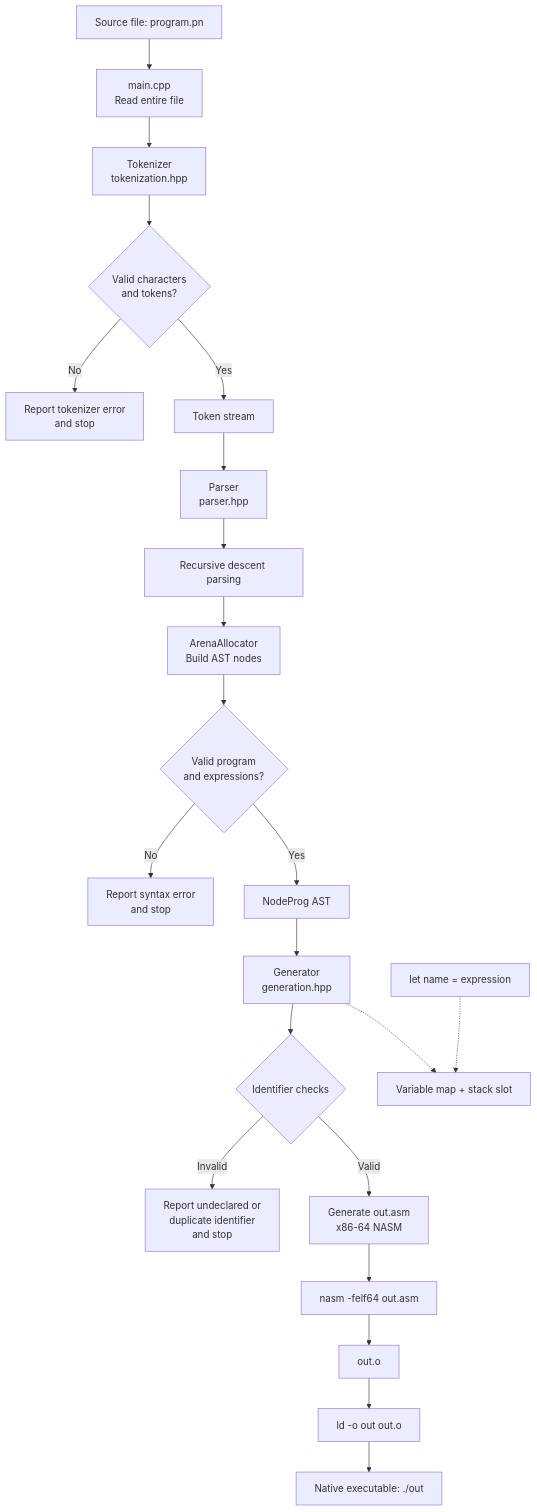
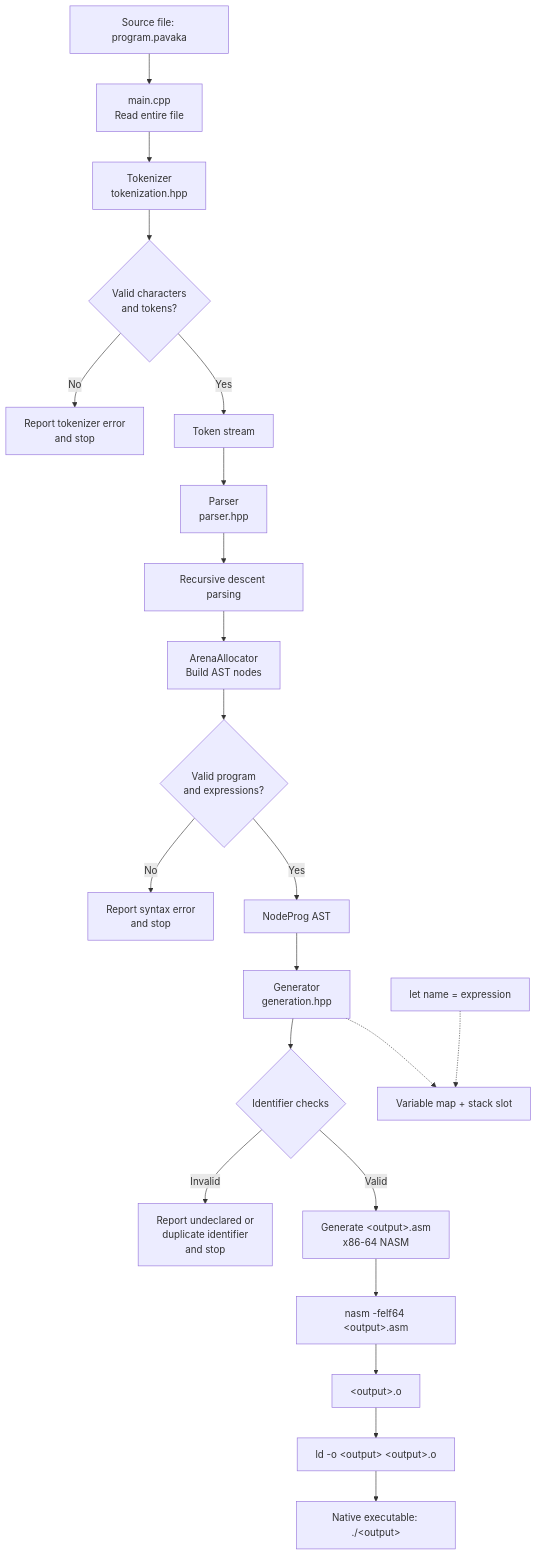
The diagram in docs/compiler-flow.md (ArpNova/pavaka), drawn with Mermaid before and after one commit. The commit also changed other lines of this file and 20 other files, not shown here.

Commit message:
refactor: rename project from void to pavaka, update file extensions, and add output flag support

````diff
--- a/docs/compiler-flow.md
+++ b/docs/compiler-flow.md
@@ -6,25 +6,25 @@
 ```mermaid
 flowchart TD
-    A[Source file: program.pn] --> B[main.cpp<br/>Read entire file]
+    A[Source file: program.pavaka] --> B[main.cpp<br/>Read entire file]
     B --> C[Tokenizer<br/>tokenization.hpp]
     C --> D{Valid characters<br/>and tokens?}
     D -- No --> E[Report tokenizer error<br/>and stop]
     D -- Yes --> F[Token stream]
     F --> G[Parser<br/>parser.hpp]
     G --> H[Recursive descent parsing]
     H --> I[ArenaAllocator<br/>Build AST nodes]
     I --> J{Valid program<br/>and expressions?}
     J -- No --> K[Report syntax error<br/>and stop]
     J -- Yes --> L[NodeProg AST]
     L --> M[Generator<br/>generation.hpp]
     M --> N{Identifier checks}
     N -- Invalid --> O[Report undeclared or<br/>duplicate identifier<br/>and stop]
-    N -- Valid --> P[Generate out.asm<br/>x86-64 NASM]
-    P --> Q[nasm -felf64 out.asm]
-    Q --> R[out.o]
-    R --> S[ld -o out out.o]
-    S --> T[Native executable: ./out]
+    N -- Valid --> P[Generate &lt;output&gt;.asm<br/>x86-64 NASM]
+    P --> Q[nasm -felf64 &lt;output&gt;.asm]
+    Q --> R[&lt;output&gt;.o]
+    R --> S[ld -o &lt;output&gt; &lt;output&gt;.o]
+    S --> T[Native executable: ./&lt;output&gt;]
 
     U[let name = expression] -.-> V[Variable map + stack slot]
     M -.-> V
 ```
````
